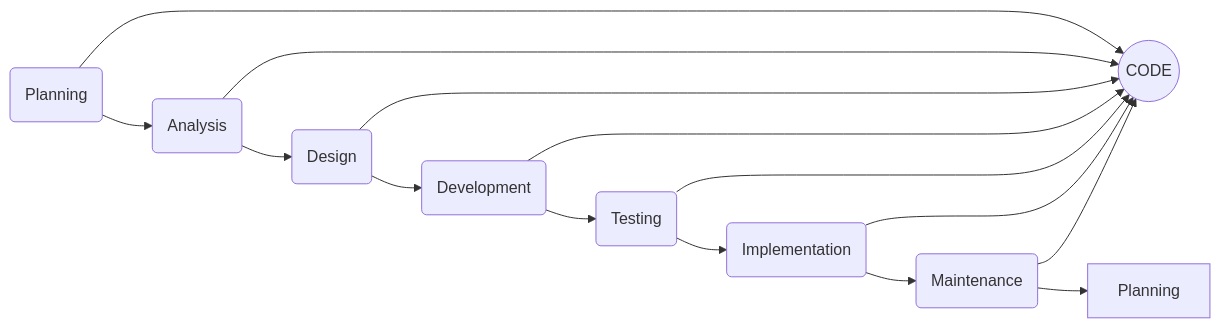
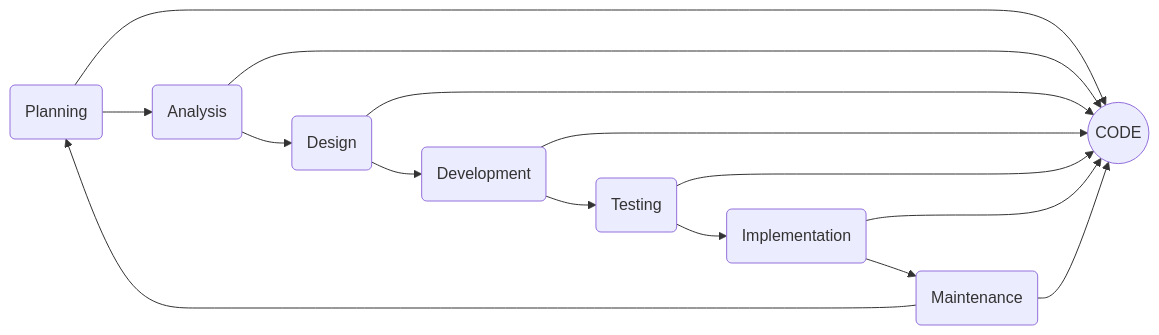
The first of 2 diagrams in AlexMcCombie-Coder-README.md (alex-mccombie/resume_readme), drawn with Mermaid before and after one commit.

````diff
--- a/AlexMcCombie-Coder-README.md
+++ b/AlexMcCombie-Coder-README.md
@@ -281,19 +281,19 @@
 ```mermaid
   graph LR;
   	classDef BLUE fill:#9f6,stroke:#333,stoke-width:2px;
-	class ro BLUE
-      ro(Planning)-->code((CODE));
-      ro(Planning)-->Analysis;
+	class code BLUE
+      Planning(Planning)-->code((CODE));
+      Planning-->Analysis;
       Analysis(Analysis)-->code;
       Analysis-->Design;
       Design(Design)-->code;
       Design-->Development;
       Development(Development)-->code;
       Development-->Testing;
       Testing(Testing)-->code;
       Testing-->Implementation;
       Implementation(Implementation)-->code;
       Implementation-->Maintenance;
       Maintenance(Maintenance)-->code;
       Maintenance-->Planning;
 ```
````
